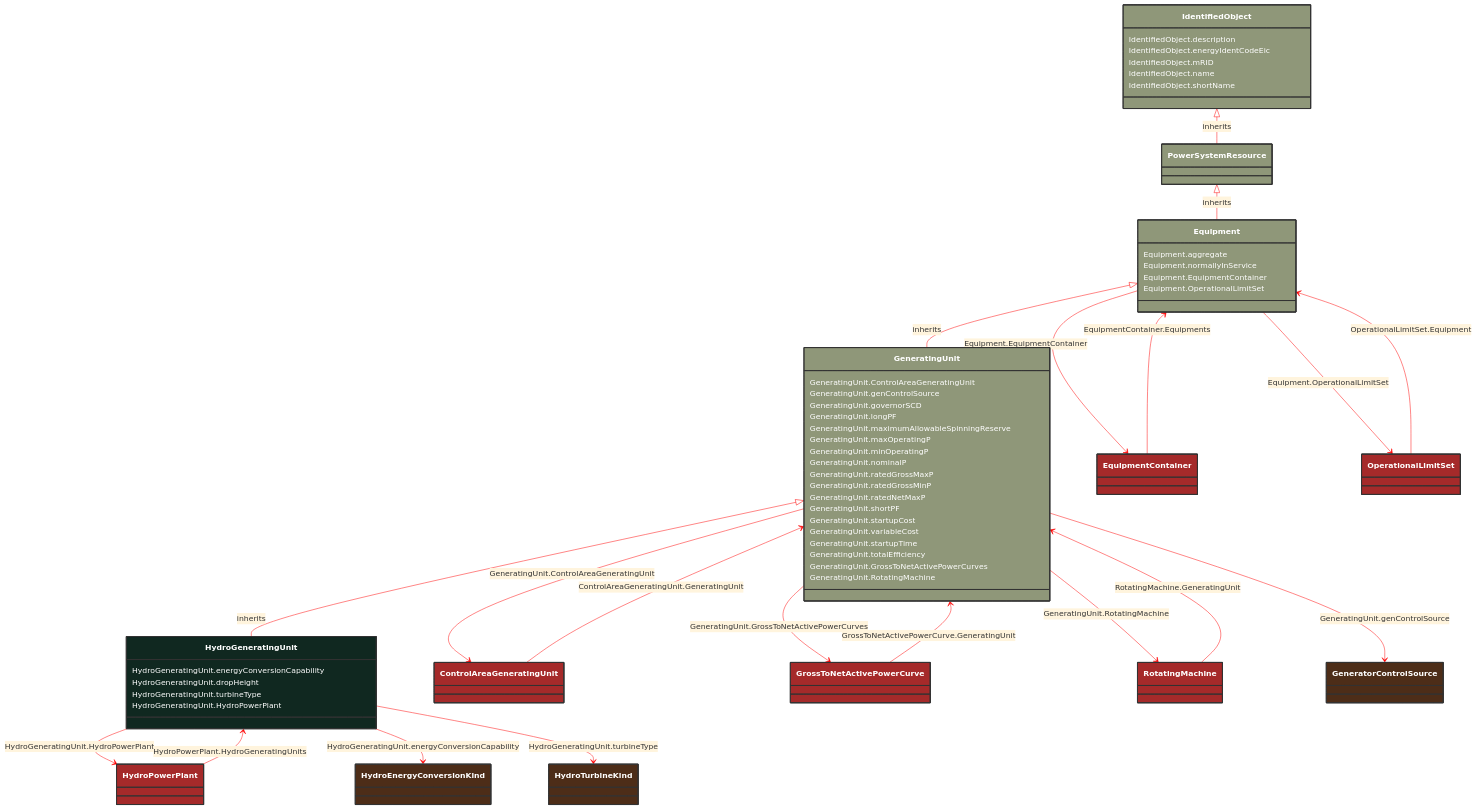
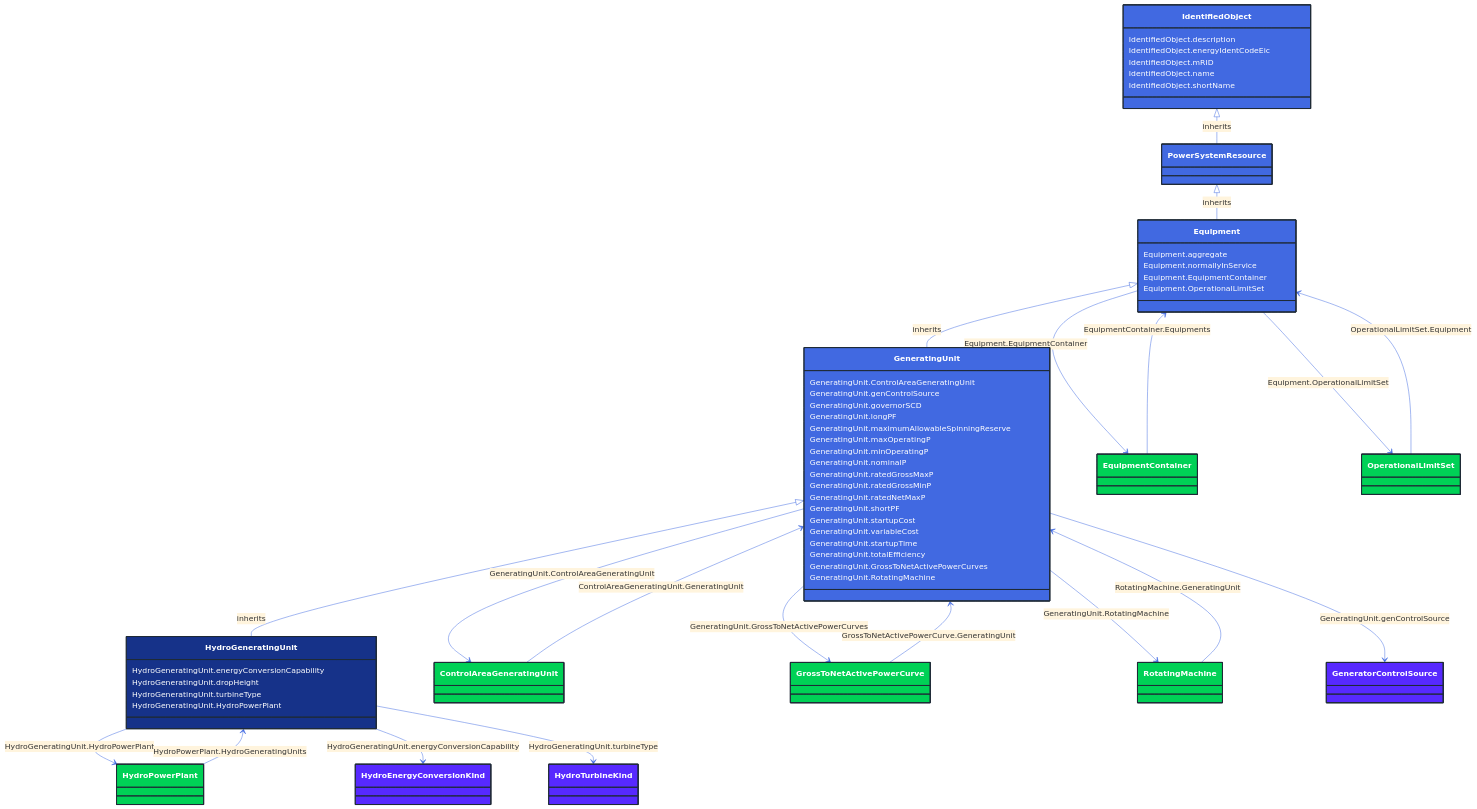
Before and after one commit to 3lbits/NoCIMExtensions: the diagram in docs/Models/Profiles/CoreEquipment/ConcreteClasses/HydroGeneratingUnit.md, drawn with Mermaid. The commit also changed 362 other files, not shown here.

First line of the commit message:
Update diagrams and styles for improved visual consistency

````diff
--- a/docs/Models/Profiles/CoreEquipment/ConcreteClasses/HydroGeneratingUnit.md
+++ b/docs/Models/Profiles/CoreEquipment/ConcreteClasses/HydroGeneratingUnit.md
@@ -8,108 +8,108 @@
 ```mermaid
-%%{init: {'theme':'base','themeVariables': {'lineColor': '#FF0000'}}}%%
+%%{init: {'theme':'base','themeVariables': {'lineColor': '#4169E1'}}}%%
 classDiagram
     class HydroGeneratingUnit
     click HydroGeneratingUnit href "/Models/Profiles/CoreEquipment/ConcreteClasses/HydroGeneratingUnit/"
-    style HydroGeneratingUnit fill:#102820,stroke:#333,stroke-width:2px,rx:10,ry:10,color:white
+    style HydroGeneratingUnit fill:#163289,stroke:#1F2A37,stroke-width:2px,rx:10,ry:10,color:white
      
         GeneratingUnit <|-- HydroGeneratingUnit : inherits
             click GeneratingUnit href "/Models/Profiles/CoreEquipment/AbstractClasses/GeneratingUnit/"
-            style GeneratingUnit fill:#8F9779,stroke:#333,stroke-width:2px,rx:10,ry:10,color:white
+            style GeneratingUnit fill:#4169E1,stroke:#1F2A37,stroke-width:2px,rx:10,ry:10,color:white
      
         Equipment <|-- GeneratingUnit : inherits
             click Equipment href "/Models/Profiles/CoreEquipment/AbstractClasses/Equipment/"
-            style Equipment fill:#8F9779,stroke:#333,stroke-width:2px,rx:10,ry:10,color:white
+            style Equipment fill:#4169E1,stroke:#1F2A37,stroke-width:2px,rx:10,ry:10,color:white
      
         PowerSystemResource <|-- Equipment : inherits
             click PowerSystemResource href "/Models/Profiles/CoreEquipment/AbstractClasses/PowerSystemResource/"
-            style PowerSystemResource fill:#8F9779,stroke:#333,stroke-width:2px,rx:10,ry:10,color:white
+            style PowerSystemResource fill:#4169E1,stroke:#1F2A37,stroke-width:2px,rx:10,ry:10,color:white
      
         IdentifiedObject <|-- PowerSystemResource : inherits
             click IdentifiedObject href "/Models/Profiles/CoreEquipment/AbstractClasses/IdentifiedObject/"
-            style IdentifiedObject fill:#8F9779,stroke:#333,stroke-width:2px,rx:10,ry:10,color:white
+            style IdentifiedObject fill:#4169E1,stroke:#1F2A37,stroke-width:2px,rx:10,ry:10,color:white
 
         HydroGeneratingUnit --> HydroPowerPlant : HydroGeneratingUnit.HydroPowerPlant
 
         HydroPowerPlant
             click HydroPowerPlant href "/Models/Profiles/CoreEquipment/ConcreteClasses/HydroPowerPlant/"
-            style HydroPowerPlant fill:#A52A2A,stroke:#333,stroke-width:2px,rx:10,ry:10,color:white
+            style HydroPowerPlant fill:#00D156,stroke:#1F2A37,stroke-width:2px,rx:10,ry:10,color:white
         GeneratingUnit --> ControlAreaGeneratingUnit : GeneratingUnit.ControlAreaGeneratingUnit
 
         ControlAreaGeneratingUnit
             click ControlAreaGeneratingUnit href "/Models/Profiles/CoreEquipment/ConcreteClasses/ControlAreaGeneratingUnit/"
-            style ControlAreaGeneratingUnit fill:#A52A2A,stroke:#333,stroke-width:2px,rx:10,ry:10,color:white
+            style ControlAreaGeneratingUnit fill:#00D156,stroke:#1F2A37,stroke-width:2px,rx:10,ry:10,color:white
         GeneratingUnit --> GrossToNetActivePowerCurve : GeneratingUnit.GrossToNetActivePowerCurves
 
         GrossToNetActivePowerCurve
             click GrossToNetActivePowerCurve href "/Models/Profiles/CoreEquipment/ConcreteClasses/GrossToNetActivePowerCurve/"
-            style GrossToNetActivePowerCurve fill:#A52A2A,stroke:#333,stroke-width:2px,rx:10,ry:10,color:white
+            style GrossToNetActivePowerCurve fill:#00D156,stroke:#1F2A37,stroke-width:2px,rx:10,ry:10,color:white
         GeneratingUnit --> RotatingMachine : GeneratingUnit.RotatingMachine
 
         RotatingMachine
             click RotatingMachine href "/Models/Profiles/CoreEquipment/AbstractClasses/RotatingMachine/"
-            style RotatingMachine fill:#A52A2A,stroke:#333,stroke-width:2px,rx:10,ry:10,color:white
+            style RotatingMachine fill:#00D156,stroke:#1F2A37,stroke-width:2px,rx:10,ry:10,color:white
         Equipment --> EquipmentContainer : Equipment.EquipmentContainer
 
         EquipmentContainer
             click EquipmentContainer href "/Models/Profiles/CoreEquipment/AbstractClasses/EquipmentContainer/"
-            style EquipmentContainer fill:#A52A2A,stroke:#333,stroke-width:2px,rx:10,ry:10,color:white
+            style EquipmentContainer fill:#00D156,stroke:#1F2A37,stroke-width:2px,rx:10,ry:10,color:white
         Equipment --> OperationalLimitSet : Equipment.OperationalLimitSet
 
         OperationalLimitSet
             click OperationalLimitSet href "/Models/Profiles/CoreEquipment/ConcreteClasses/OperationalLimitSet/"
-            style OperationalLimitSet fill:#A52A2A,stroke:#333,stroke-width:2px,rx:10,ry:10,color:white
+            style OperationalLimitSet fill:#00D156,stroke:#1F2A37,stroke-width:2px,rx:10,ry:10,color:white
 
         ControlAreaGeneratingUnit --> GeneratingUnit : ControlAreaGeneratingUnit.GeneratingUnit
 
         ControlAreaGeneratingUnit
             click ControlAreaGeneratingUnit href "/Models/Profiles/CoreEquipment/ConcreteClasses/ControlAreaGeneratingUnit/"
-            style ControlAreaGeneratingUnit fill:#A52A2A,stroke:#333,stroke-width:2px,rx:10,ry:10,color:white
+            style ControlAreaGeneratingUnit fill:#00D156,stroke:#1F2A37,stroke-width:2px,rx:10,ry:10,color:white
 
         EquipmentContainer --> Equipment : EquipmentContainer.Equipments
 
         EquipmentContainer
             click EquipmentContainer href "/Models/Profiles/CoreEquipment/AbstractClasses/EquipmentContainer/"
-            style EquipmentContainer fill:#A52A2A,stroke:#333,stroke-width:2px,rx:10,ry:10,color:white
+            style EquipmentContainer fill:#00D156,stroke:#1F2A37,stroke-width:2px,rx:10,ry:10,color:white
 
         GrossToNetActivePowerCurve --> GeneratingUnit : GrossToNetActivePowerCurve.GeneratingUnit
 
         GrossToNetActivePowerCurve
             click GrossToNetActivePowerCurve href "/Models/Profiles/CoreEquipment/ConcreteClasses/GrossToNetActivePowerCurve/"
-            style GrossToNetActivePowerCurve fill:#A52A2A,stroke:#333,stroke-width:2px,rx:10,ry:10,color:white
+            style GrossToNetActivePowerCurve fill:#00D156,stroke:#1F2A37,stroke-width:2px,rx:10,ry:10,color:white
 
         HydroPowerPlant --> HydroGeneratingUnit : HydroPowerPlant.HydroGeneratingUnits
 
         HydroPowerPlant
             click HydroPowerPlant href "/Models/Profiles/CoreEquipment/ConcreteClasses/HydroPowerPlant/"
-            style HydroPowerPlant fill:#A52A2A,stroke:#333,stroke-width:2px,rx:10,ry:10,color:white
+            style HydroPowerPlant fill:#00D156,stroke:#1F2A37,stroke-width:2px,rx:10,ry:10,color:white
 
         OperationalLimitSet --> Equipment : OperationalLimitSet.Equipment
 
         OperationalLimitSet
             click OperationalLimitSet href "/Models/Profiles/CoreEquipment/ConcreteClasses/OperationalLimitSet/"
-            style OperationalLimitSet fill:#A52A2A,stroke:#333,stroke-width:2px,rx:10,ry:10,color:white
+            style OperationalLimitSet fill:#00D156,stroke:#1F2A37,stroke-width:2px,rx:10,ry:10,color:white
 
         RotatingMachine --> GeneratingUnit : RotatingMachine.GeneratingUnit
 
         RotatingMachine
             click RotatingMachine href "/Models/Profiles/CoreEquipment/AbstractClasses/RotatingMachine/"
-            style RotatingMachine fill:#A52A2A,stroke:#333,stroke-width:2px,rx:10,ry:10,color:white
+            style RotatingMachine fill:#00D156,stroke:#1F2A37,stroke-width:2px,rx:10,ry:10,color:white
 
         HydroGeneratingUnit --> HydroEnergyConversionKind : HydroGeneratingUnit.energyConversionCapability
 
         HydroEnergyConversionKind
             click HydroEnergyConversionKind href "/Models/Profiles/CoreEquipment/Enumerations/HydroEnergyConversionKind/"
-            style HydroEnergyConversionKind fill:#4D2D18,stroke:#333,stroke-width:2px,rx:10,ry:10,color:white
+            style HydroEnergyConversionKind fill:#5729FF,stroke:#1F2A37,stroke-width:2px,rx:10,ry:10,color:white
         HydroGeneratingUnit --> HydroTurbineKind : HydroGeneratingUnit.turbineType
 
         HydroTurbineKind
             click HydroTurbineKind href "/Models/Profiles/CoreEquipment/Enumerations/HydroTurbineKind/"
-            style HydroTurbineKind fill:#4D2D18,stroke:#333,stroke-width:2px,rx:10,ry:10,color:white
+            style HydroTurbineKind fill:#5729FF,stroke:#1F2A37,stroke-width:2px,rx:10,ry:10,color:white
         GeneratingUnit --> GeneratorControlSource : GeneratingUnit.genControlSource
 
         GeneratorControlSource
             click GeneratorControlSource href "/Models/Profiles/CoreEquipment/Enumerations/GeneratorControlSource/"
-            style GeneratorControlSource fill:#4D2D18,stroke:#333,stroke-width:2px,rx:10,ry:10,color:white
+            style GeneratorControlSource fill:#5729FF,stroke:#1F2A37,stroke-width:2px,rx:10,ry:10,color:white
 
         HydroGeneratingUnit : HydroGeneratingUnit.energyConversionCapability
         HydroGeneratingUnit : HydroGeneratingUnit.dropHeight
````
